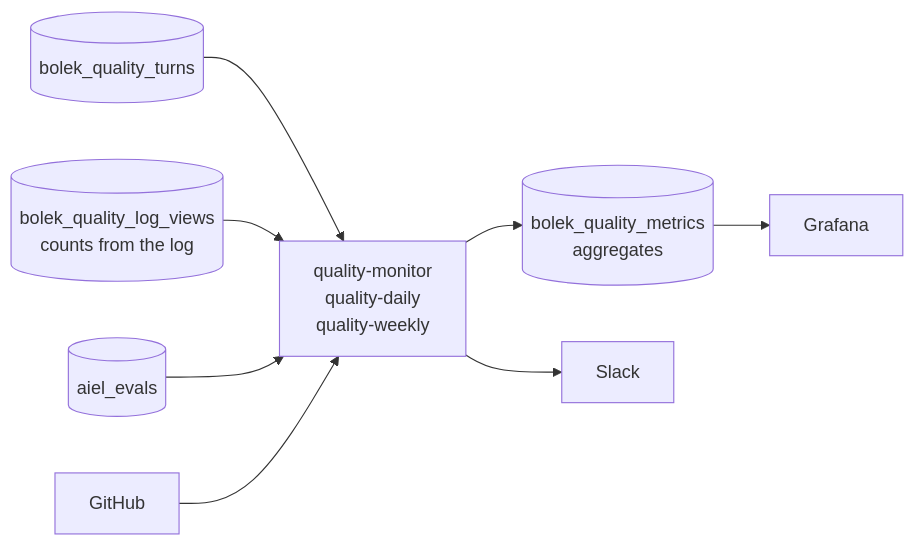
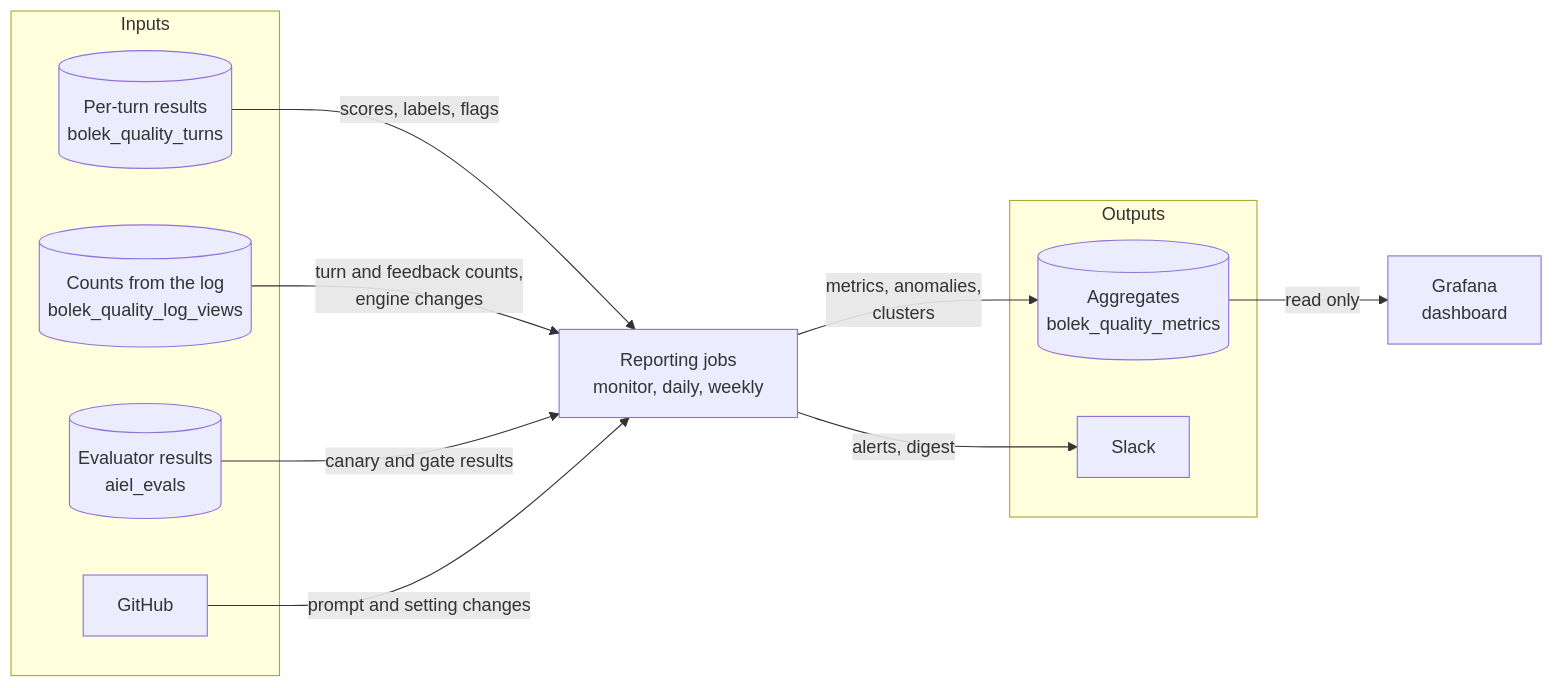
Diagram 13 of 21 in design-doc.md (pborkowski-rtbh/conversation-analyzer), drawn with Mermaid before and after one commit. The commit also changed other lines of this file, not shown here.

````diff
--- a/design-doc.md
+++ b/design-doc.md
@@ -1182,10 +1192,21 @@
 ```mermaid
 flowchart LR
-    T[("bolek_quality_turns")] --> R["quality-monitor<br/>quality-daily<br/>quality-weekly"]
-    V[("bolek_quality_log_views<br/>counts from the log")] --> R
-    E[("aiel_evals")] --> R
-    GH["GitHub"] --> R
-    R --> M[("bolek_quality_metrics<br/>aggregates")]
-    R --> S["Slack"]
-    M --> G["Grafana"]
+    subgraph IN["Inputs"]
+        T[("Per-turn results<br/>bolek_quality_turns")]
+        V[("Counts from the log<br/>bolek_quality_log_views")]
+        E[("Evaluator results<br/>aiel_evals")]
+        GH["GitHub"]
+    end
+    R["Reporting jobs<br/>monitor, daily, weekly"]
+    subgraph OUT["Outputs"]
+        M[("Aggregates<br/>bolek_quality_metrics")]
+        S["Slack"]
+    end
+    T -->|"scores, labels, flags"| R
+    V -->|"turn and feedback counts,<br/>engine changes"| R
+    E -->|"canary and gate results"| R
+    GH -->|"prompt and setting changes"| R
+    R -->|"metrics, anomalies,<br/>clusters"| M
+    R -->|"alerts, digest"| S
+    M -->|"read only"| G["Grafana<br/>dashboard"]
 ```
````
